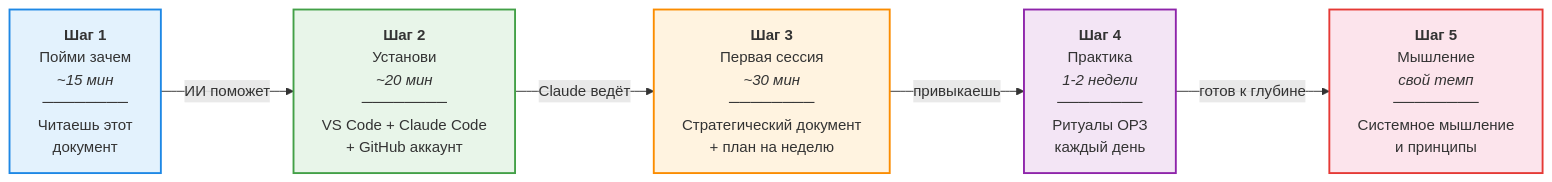
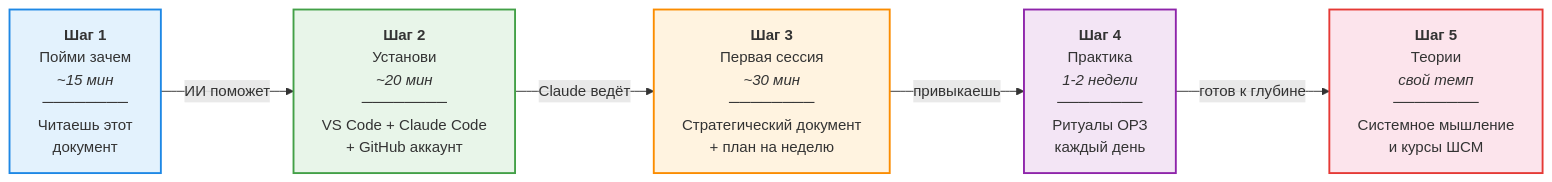
Before and after one commit to klimentjev/FMT-exocortex-template: the second of 8 diagrams in docs/onboarding/onboarding-diagrams.md, drawn with Mermaid. The commit also changed other lines of this file and 31 other files, not shown here.

````diff
--- a/docs/onboarding/onboarding-diagrams.md
+++ b/docs/onboarding/onboarding-diagrams.md
@@ -61,19 +60,19 @@
 ```mermaid
 graph LR
     S1["<b>Шаг 1</b><br/>Пойми зачем<br/><i>~15 мин</i><br/>────────<br/>Читаешь этот<br/>документ"]
     S2["<b>Шаг 2</b><br/>Установи<br/><i>~20 мин</i><br/>────────<br/>VS Code + Claude Code<br/>+ GitHub аккаунт"]
     S3["<b>Шаг 3</b><br/>Первая сессия<br/><i>~30 мин</i><br/>────────<br/>Стратегический документ<br/>+ план на неделю"]
     S4["<b>Шаг 4</b><br/>Практика<br/><i>1-2 недели</i><br/>────────<br/>Ритуалы ОРЗ<br/>каждый день"]
-    S5["<b>Шаг 5</b><br/>Мышление<br/><i>свой темп</i><br/>────────<br/>Системное мышление<br/>и принципы"]
+    S5["<b>Шаг 5</b><br/>Теории<br/><i>свой темп</i><br/>────────<br/>Системное мышление<br/>и курсы ШСМ"]
 
     S1 -->|"ИИ поможет"| S2
     S2 -->|"Claude ведёт"| S3
     S3 -->|"привыкаешь"| S4
     S4 -->|"готов к глубине"| S5
 
     style S1 fill:#e3f2fd,stroke:#1e88e5,stroke-width:2px
     style S2 fill:#e8f5e9,stroke:#43a047,stroke-width:2px
     style S3 fill:#fff3e0,stroke:#fb8c00,stroke-width:2px
     style S4 fill:#f3e5f5,stroke:#8e24aa,stroke-width:2px
     style S5 fill:#fce4ec,stroke:#e53935,stroke-width:2px
 ```
````
